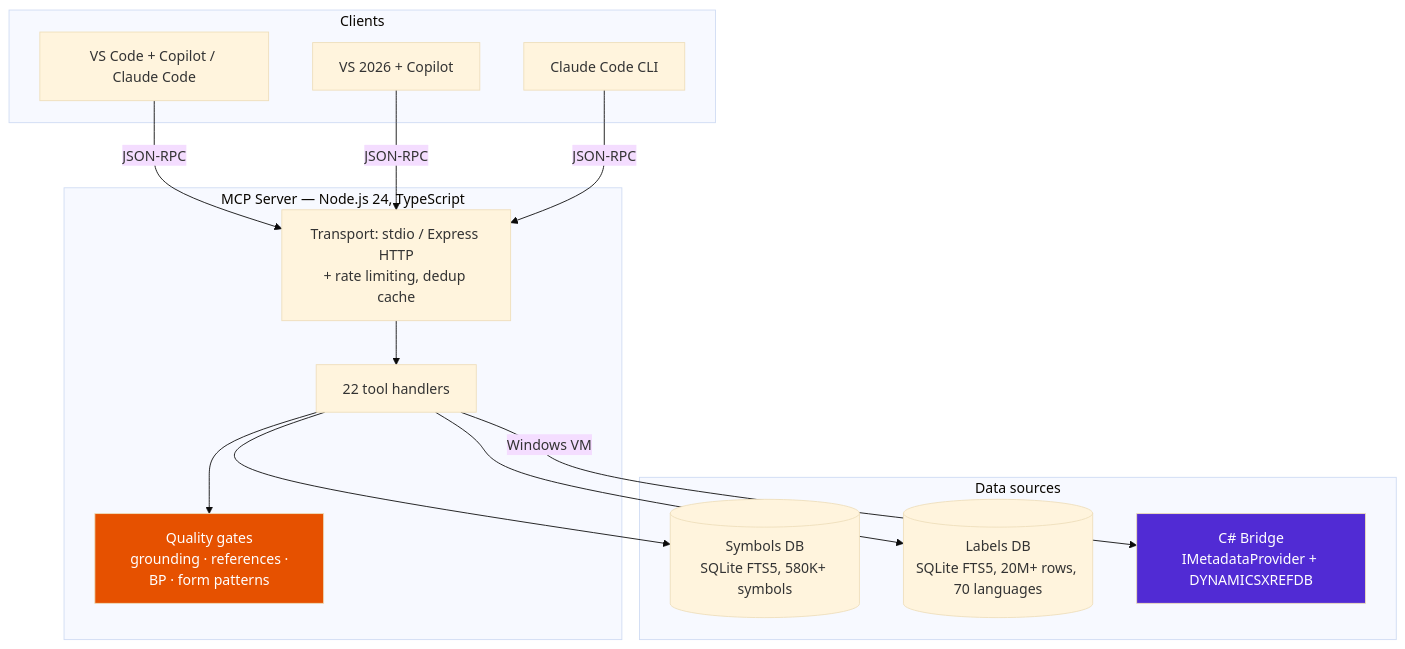
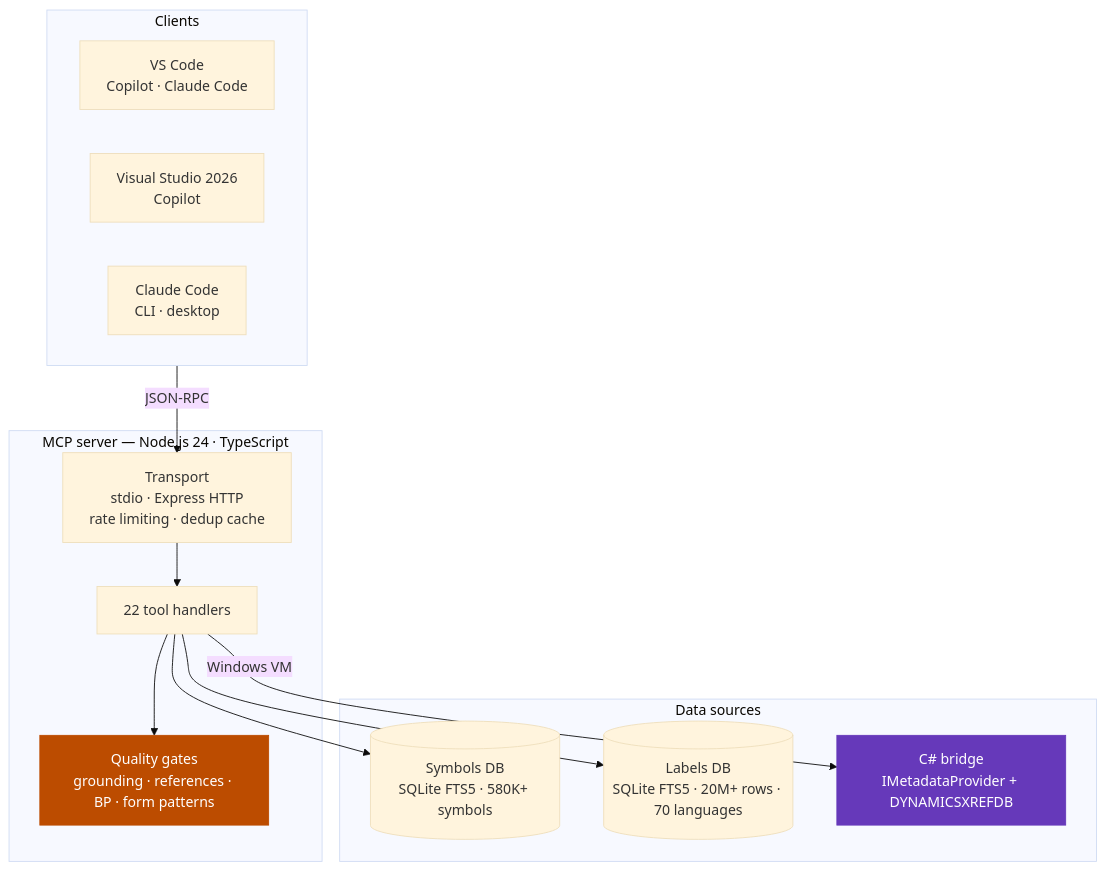
The first of 7 diagrams in docs/ARCHITECTURE.md (dynamics365ninja/d365fo-mcp-server), drawn with Mermaid (base theme) before and after one commit. The commit also changed other lines of this file and 24 other files, not shown here.

First line of the commit message:
docs: rework README and docs layout, redraw broken diagrams

````diff
--- a/docs/ARCHITECTURE.md
+++ b/docs/ARCHITECTURE.md
@@ -9,28 +23,31 @@
 ```mermaid
-graph TB
-    subgraph Clients
-        VSC[VS Code + Copilot / Claude Code]
-        VS[VS 2026 + Copilot]
-        CC[Claude Code CLI]
+flowchart TB
+    subgraph clients["Clients"]
+        direction LR
+        VSC["VS Code<br/>Copilot · Claude Code"]
+        VS["Visual Studio 2026<br/>Copilot"]
+        CC["Claude Code<br/>CLI · desktop"]
     end
 
-    subgraph "MCP Server — Node.js 24, TypeScript"
-        TRANSPORT[Transport: stdio / Express HTTP\n+ rate limiting, dedup cache]
-        TOOLS[22 tool handlers]
-        GATES[Quality gates\n grounding · references · BP · form patterns]
+    subgraph server["MCP server — Node.js 24 · TypeScript"]
+        TRANSPORT["Transport<br/>stdio · Express HTTP<br/>rate limiting · dedup cache"]
+        TOOLS["22 tool handlers"]
+        GATES["Quality gates<br/>grounding · references · BP · form patterns"]
     end
 
-    subgraph "Data sources"
-        DB[(Symbols DB\nSQLite FTS5, 580K+ symbols)]
-        LDB[(Labels DB\nSQLite FTS5, 20M+ rows, 70 languages)]
-        BRIDGE[C# Bridge\nIMetadataProvider + DYNAMICSXREFDB]
+    subgraph data["Data sources"]
+        DB[("Symbols DB<br/>SQLite FTS5 · 580K+ symbols")]
+        LDB[("Labels DB<br/>SQLite FTS5 · 20M+ rows · 70 languages")]
+        BRIDGE["C# bridge<br/>IMetadataProvider + DYNAMICSXREFDB"]
     end
 
-    VSC & VS & CC -->|JSON-RPC| TRANSPORT --> TOOLS
+    clients -- "JSON-RPC" --> TRANSPORT --> TOOLS
     TOOLS --> GATES
     TOOLS --> DB & LDB
-    TOOLS -->|Windows VM| BRIDGE
+    TOOLS -- "Windows VM" --> BRIDGE
 
-    style BRIDGE fill:#512BD4,color:#fff
-    style GATES fill:#E65100,color:#fff
+    classDef bridge fill:#6639ba,stroke:#6639ba,color:#ffffff
+    classDef gate fill:#bc4c00,stroke:#bc4c00,color:#ffffff
+    class BRIDGE bridge
+    class GATES gate
 ```
````
